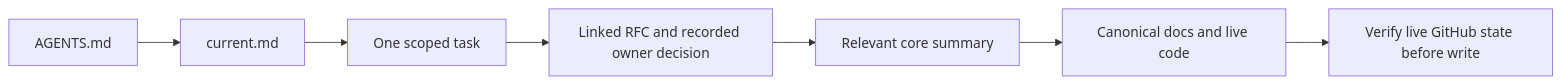
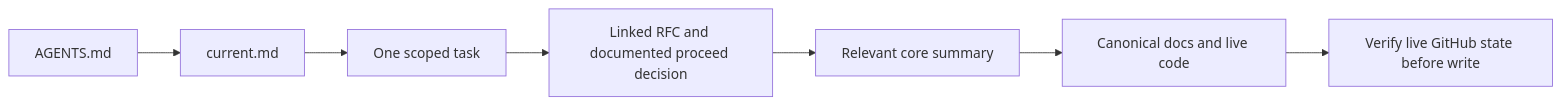
One commit to im-tnyx/Tio-Money changed the diagram in .ai/README.md. Above: the diagram before and after it, drawn with Mermaid. The commit also changed other lines of this file and 6 other files, not shown here.

````diff
--- a/.ai/README.md
+++ b/.ai/README.md
@@ -18,9 +18,9 @@
 ```mermaid
 flowchart LR
   A["AGENTS.md"] --> B["current.md"]
   B --> C["One scoped task"]
-  C --> D["Linked RFC and recorded owner decision"]
+  C --> D["Linked RFC and documented proceed decision"]
   D --> E["Relevant core summary"]
   E --> F["Canonical docs and live code"]
   F --> G["Verify live GitHub state before write"]
 ```
````
